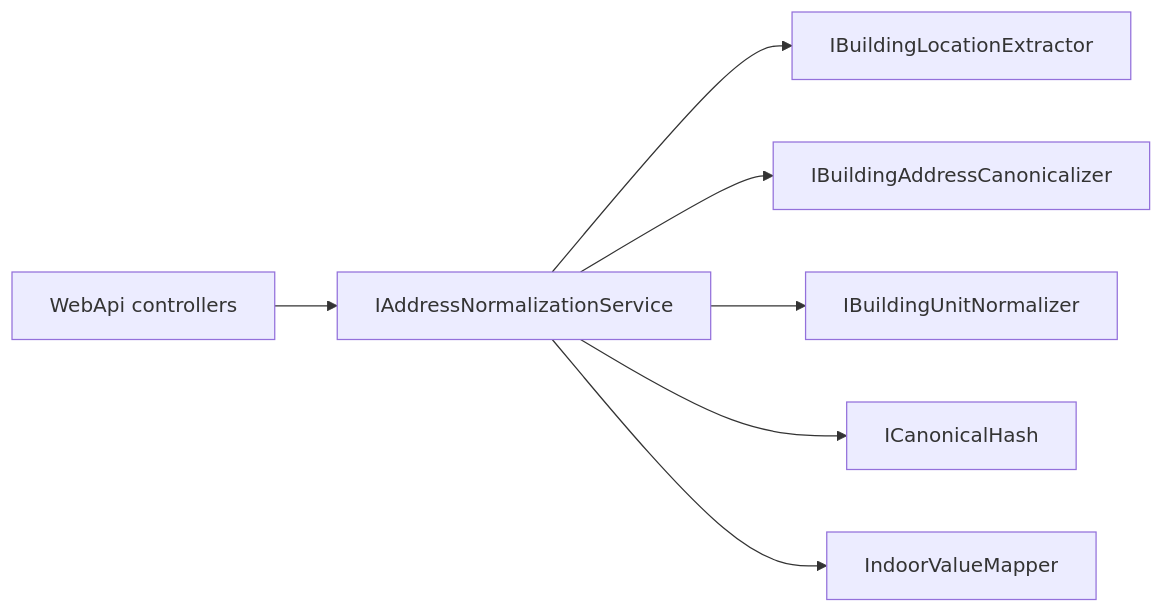
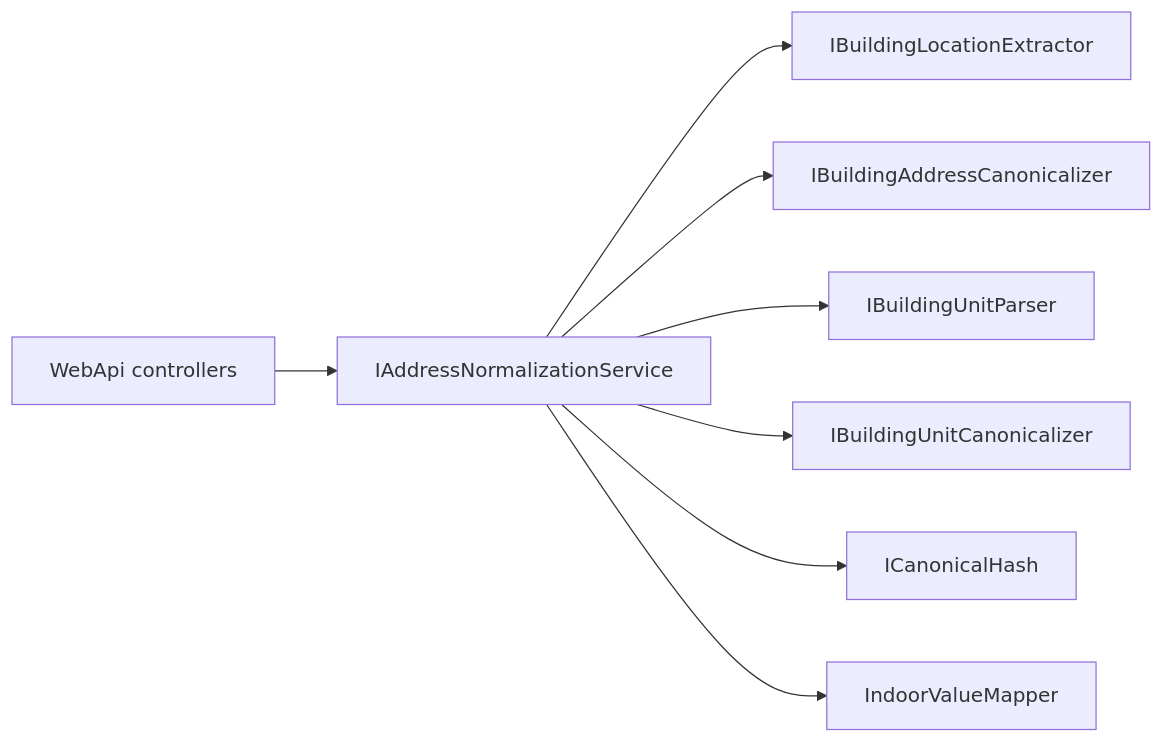
Before and after one commit to KazhadeyD/VTBL.AddressNormalizer: the diagram in README.md, drawn with Mermaid. The commit also changed other lines of this file and 21 other files, not shown here.

Commit message:
Удалены интерфейс и класс `IBuildingUnitNormalizer` и связанные с ними компоненты, заменены на `IBuildingUnitParser` и `IBuildingUnitCanonicalizer`. Обновлены README.md и тесты для отражения изменений в архитектуре нормализации адресов. Количество тестов уменьшено до 248.

````diff
--- a/README.md
+++ b/README.md
@@ -79,9 +79,10 @@
 ```mermaid
 flowchart LR
   HTTP["WebApi controllers"] --> SVC["IAddressNormalizationService"]
   SVC --> EXT["IBuildingLocationExtractor"]
   SVC --> CAN["IBuildingAddressCanonicalizer"]
-  SVC --> UNIT["IBuildingUnitNormalizer"]
+  SVC --> PAR["IBuildingUnitParser"]
+  SVC --> UCAN["IBuildingUnitCanonicalizer"]
   SVC --> HASH["ICanonicalHash"]
   SVC --> MAP["IndoorValueMapper"]
 ```
````
